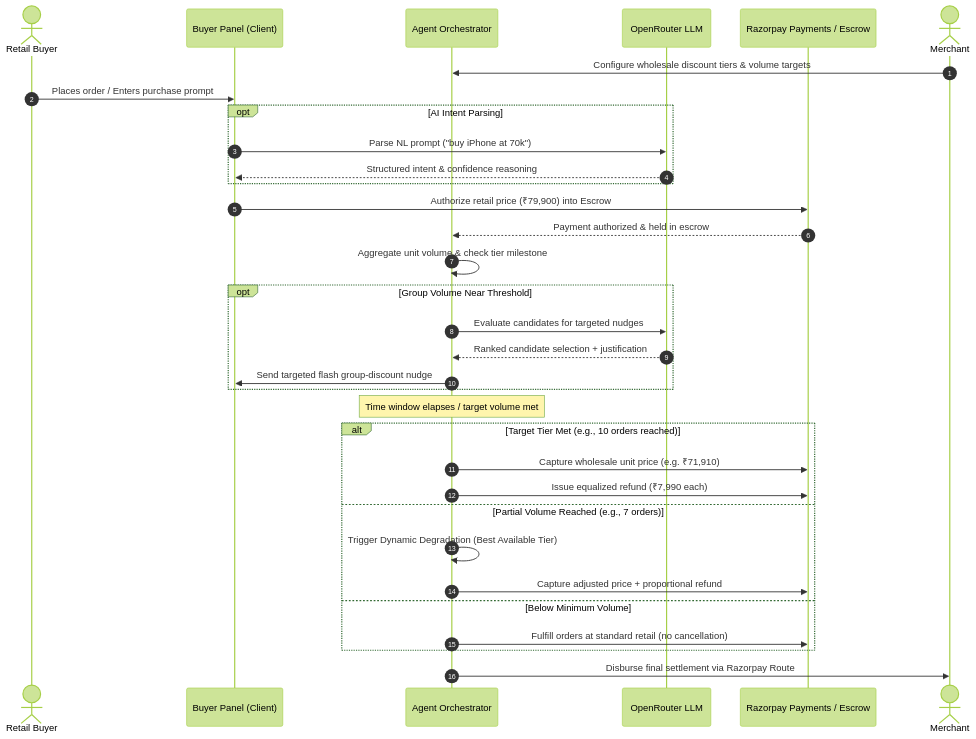
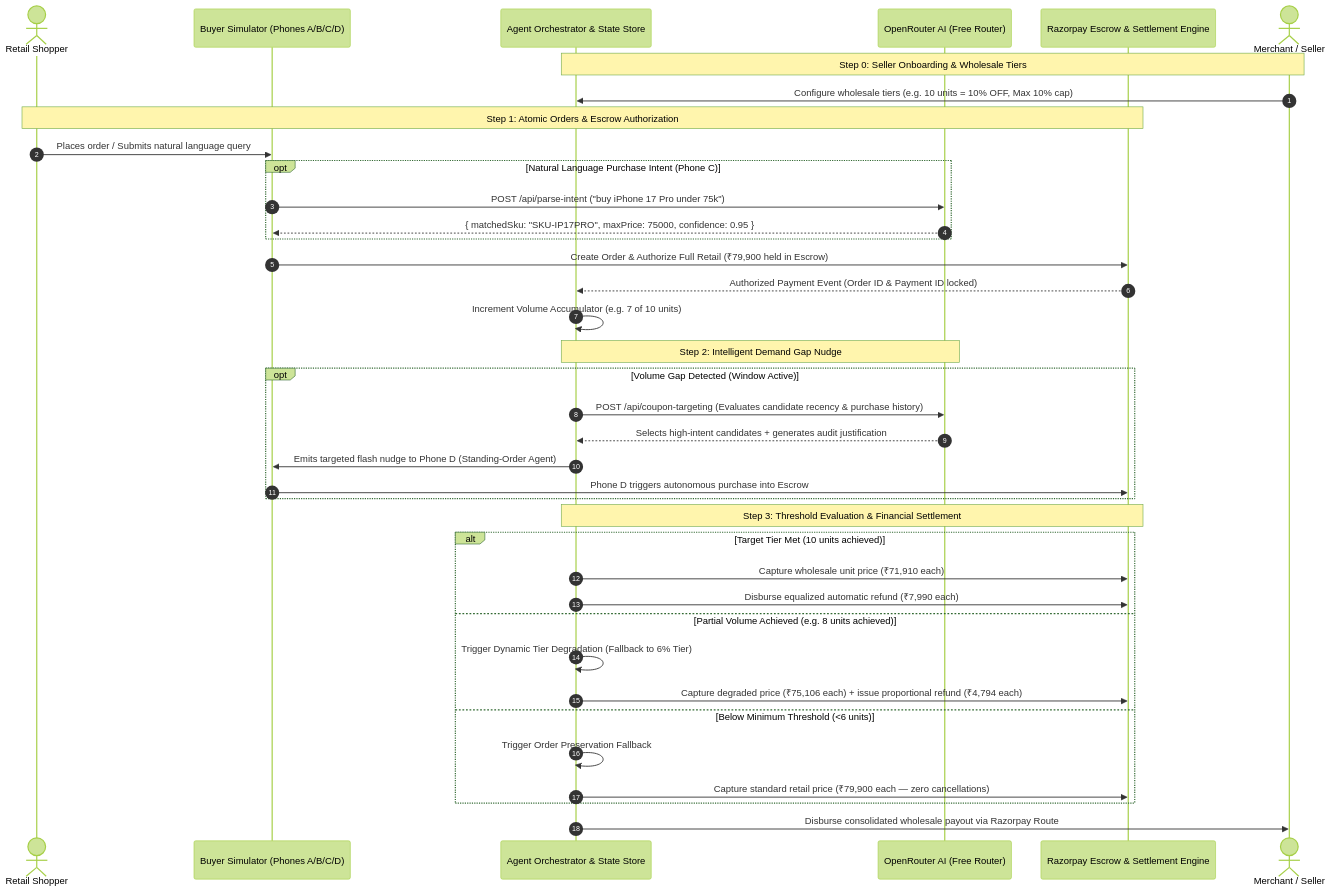
One commit to Sukumar-Manivel/threshold-discount-agent changed the second of 2 diagrams in README.md. Above: the diagram before and after it, drawn with Mermaid (forest theme). The commit also changed other lines of this file, not shown here.

Commit message:
docs: overhaul README with full architecture, sequence flow, agent stack specs, and mathematical settlement models

````diff
--- a/README.md
+++ b/README.md
@@ -74,36 +186,44 @@
 ```mermaid
 sequenceDiagram
     autonumber
-    actor Buyer as Retail Buyer
-    participant Client as Buyer Panel (Client)
-    participant Engine as Agent Orchestrator
-    participant OpenRouter as OpenRouter LLM
-    participant Razorpay as Razorpay Payments / Escrow
-    actor Seller as Merchant
+    actor Buyer as Retail Shopper
+    participant Client as Buyer Simulator (Phones A/B/C/D)
+    participant Engine as Agent Orchestrator & State Store
+    participant OpenRouter as OpenRouter AI (Free Router)
+    participant Razorpay as Razorpay Escrow & Settlement Engine
+    actor Merchant as Merchant / Seller
 
-    Seller->>Engine: Configure wholesale discount tiers & volume targets
-    Buyer->>Client: Places order / Enters purchase prompt
-    opt AI Intent Parsing
-        Client->>OpenRouter: Parse NL prompt ("buy iPhone at 70k")
-        OpenRouter-->>Client: Structured intent & confidence reasoning
+    Note over Merchant,Engine: Step 0: Seller Onboarding & Wholesale Tiers
+    Merchant->>Engine: Configure wholesale tiers (e.g. 10 units = 10% OFF, Max 10% cap)
+
+    Note over Buyer,Razorpay: Step 1: Atomic Orders & Escrow Authorization
+    Buyer->>Client: Places order / Submits natural language query
+    opt Natural Language Purchase Intent (Phone C)
+        Client->>OpenRouter: POST /api/parse-intent ("buy iPhone 17 Pro under 75k")
+        OpenRouter-->>Client: { matchedSku: "SKU-IP17PRO", maxPrice: 75000, confidence: 0.95 }
     end
-    Client->>Razorpay: Authorize retail price (₹79,900) into Escrow
-    Razorpay-->>Engine: Payment authorized & held in escrow
-    Engine->>Engine: Aggregate unit volume & check tier milestone
-    opt Group Volume Near Threshold
-        Engine->>OpenRouter: Evaluate candidates for targeted nudges
-        OpenRouter-->>Engine: Ranked candidate selection + justification
-        Engine->>Client: Send targeted flash group-discount nudge
+    Client->>Razorpay: Create Order & Authorize Full Retail (₹79,900 held in Escrow)
+    Razorpay-->>Engine: Authorized Payment Event (Order ID & Payment ID locked)
+    Engine->>Engine: Increment Volume Accumulator (e.g. 7 of 10 units)
+
+    Note over Engine,OpenRouter: Step 2: Intelligent Demand Gap Nudge
+    opt Volume Gap Detected (Window Active)
+        Engine->>OpenRouter: POST /api/coupon-targeting (Evaluates candidate recency & purchase history)
+        OpenRouter-->>Engine: Selects high-intent candidates + generates audit justification
+        Engine->>Client: Emits targeted flash nudge to Phone D (Standing-Order Agent)
+        Client->>Razorpay: Phone D triggers autonomous purchase into Escrow
     end
-    Note over Engine: Time window elapses / target volume met
-    alt Target Tier Met (e.g., 10 orders reached)
-        Engine->>Razorpay: Capture wholesale unit price (e.g. ₹71,910)
-        Engine->>Razorpay: Issue equalized refund (₹7,990 each)
-    else Partial Volume Reached (e.g., 7 orders)
-        Engine->>Engine: Trigger Dynamic Degradation (Best Available Tier)
-        Engine->>Razorpay: Capture adjusted price + proportional refund
-    else Below Minimum Volume
-        Engine->>Razorpay: Fulfill orders at standard retail (no cancellation)
+
+    Note over Engine,Razorpay: Step 3: Threshold Evaluation & Financial Settlement
+    alt Target Tier Met (10 units achieved)
+        Engine->>Razorpay: Capture wholesale unit price (₹71,910 each)
+        Engine->>Razorpay: Disburse equalized automatic refund (₹7,990 each)
+    else Partial Volume Achieved (e.g. 8 units achieved)
+        Engine->>Engine: Trigger Dynamic Tier Degradation (Fallback to 6% Tier)
+        Engine->>Razorpay: Capture degraded price (₹75,106 each) + issue proportional refund (₹4,794 each)
+    else Below Minimum Threshold (<6 units)
+        Engine->>Engine: Trigger Order Preservation Fallback
+        Engine->>Razorpay: Capture standard retail price (₹79,900 each — zero cancellations)
     end
-    Engine->>Seller: Disburse final settlement via Razorpay Route
+    Engine->>Merchant: Disburse consolidated wholesale payout via Razorpay Route
 ```
````
